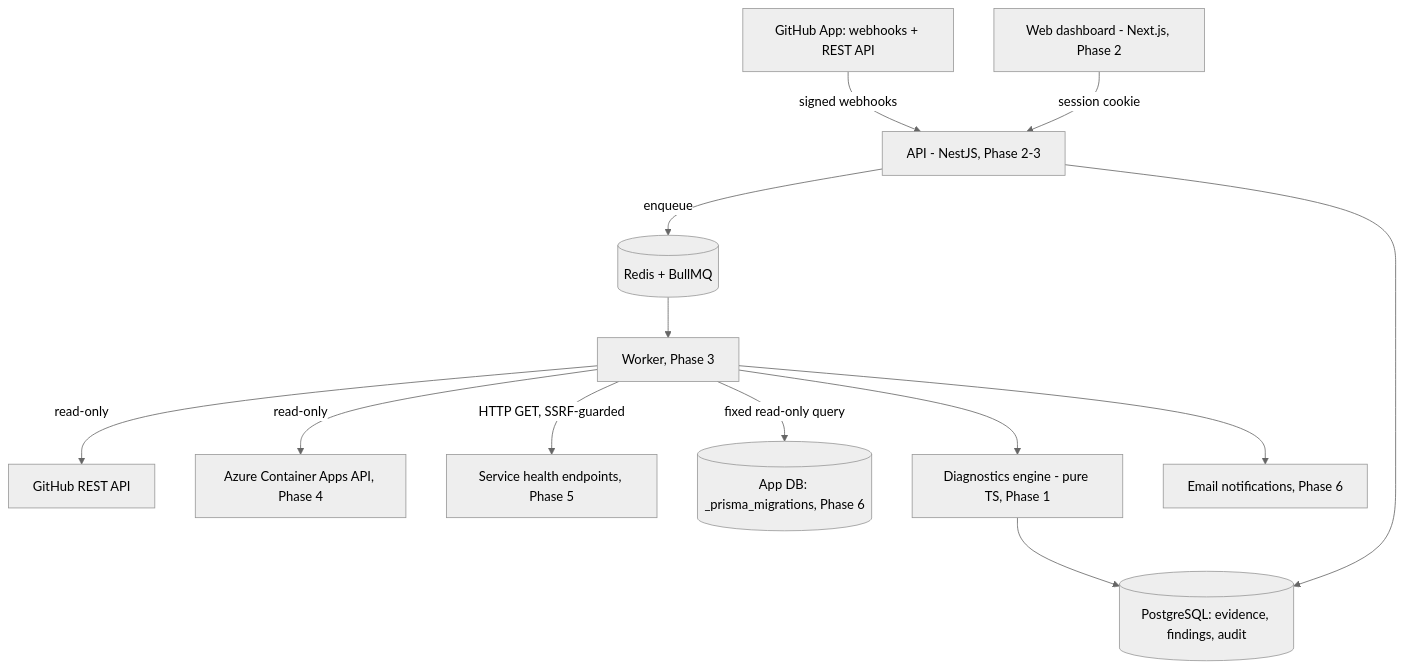
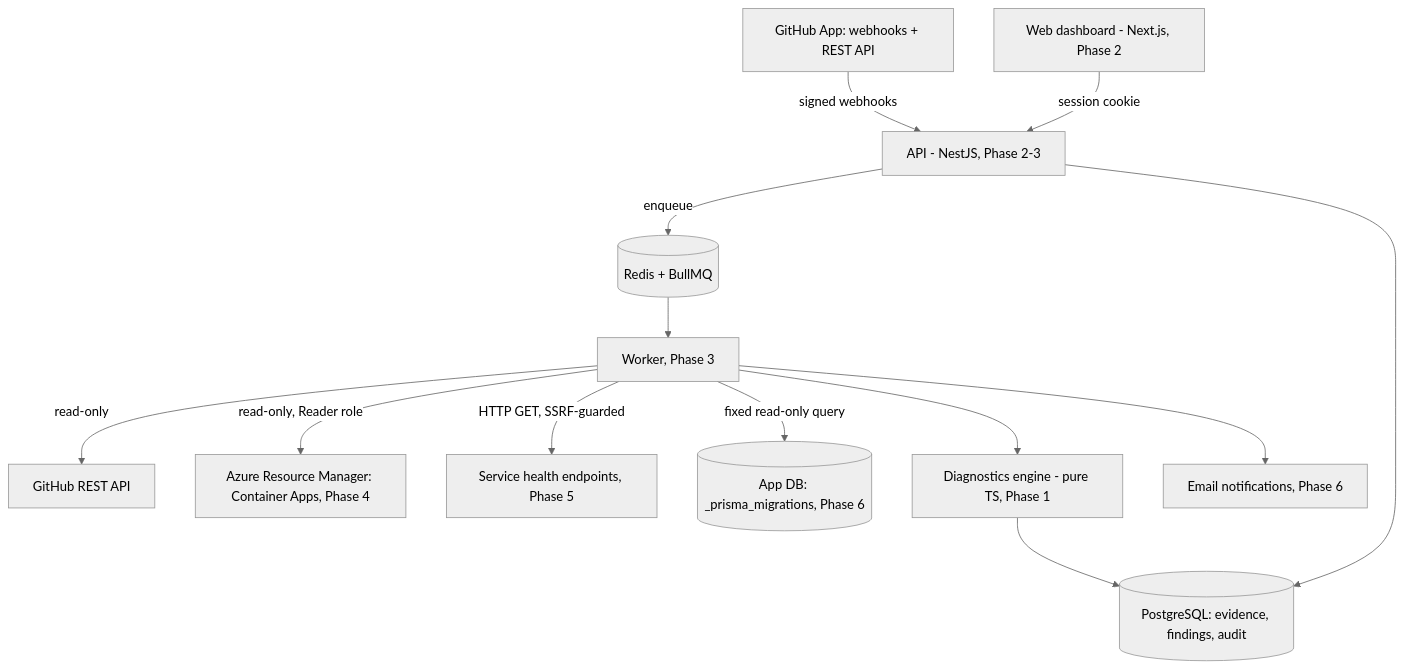
One commit to sonnetechgh-lang/Release-Lens changed the diagram in docs/architecture.md. Above: the diagram before and after it, drawn with Mermaid (neutral theme). The commit also changed other lines of this file and 62 other files, not shown here.

First line of the commit message:
feat: Azure Container Apps deployment targets with simulated mode (Phase 4a)

````diff
--- a/docs/architecture.md
+++ b/docs/architecture.md
@@ -7,15 +7,15 @@
 ```mermaid
 flowchart TD
     GH[GitHub App: webhooks + REST API] -->|signed webhooks| API[API - NestJS, Phase 2-3]
     API -->|enqueue| QUEUE[(Redis + BullMQ)]
     QUEUE --> WORKER[Worker, Phase 3]
     WORKER -->|read-only| GHAPI[GitHub REST API]
-    WORKER -->|read-only| AZ[Azure Container Apps API, Phase 4]
+    WORKER -->|read-only, Reader role| AZ[Azure Resource Manager: Container Apps, Phase 4]
     WORKER -->|HTTP GET, SSRF-guarded| HEALTH[Service health endpoints, Phase 5]
     WORKER -->|fixed read-only query| MIG[(App DB: _prisma_migrations, Phase 6)]
     WORKER --> DIAG[Diagnostics engine - pure TS, Phase 1]
     DIAG --> DB[(PostgreSQL: evidence, findings, audit)]
     API --> DB
     WEB[Web dashboard - Next.js, Phase 2] -->|session cookie| API
     WORKER --> MAIL[Email notifications, Phase 6]
 ```
````
